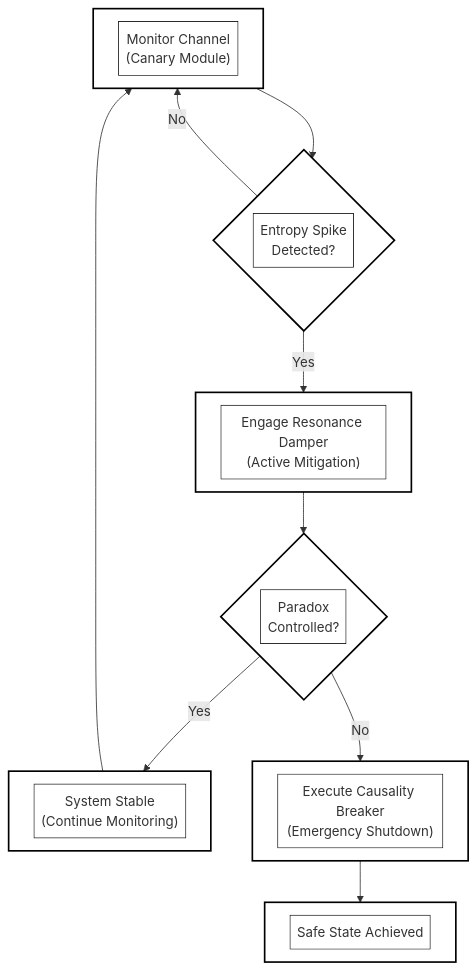
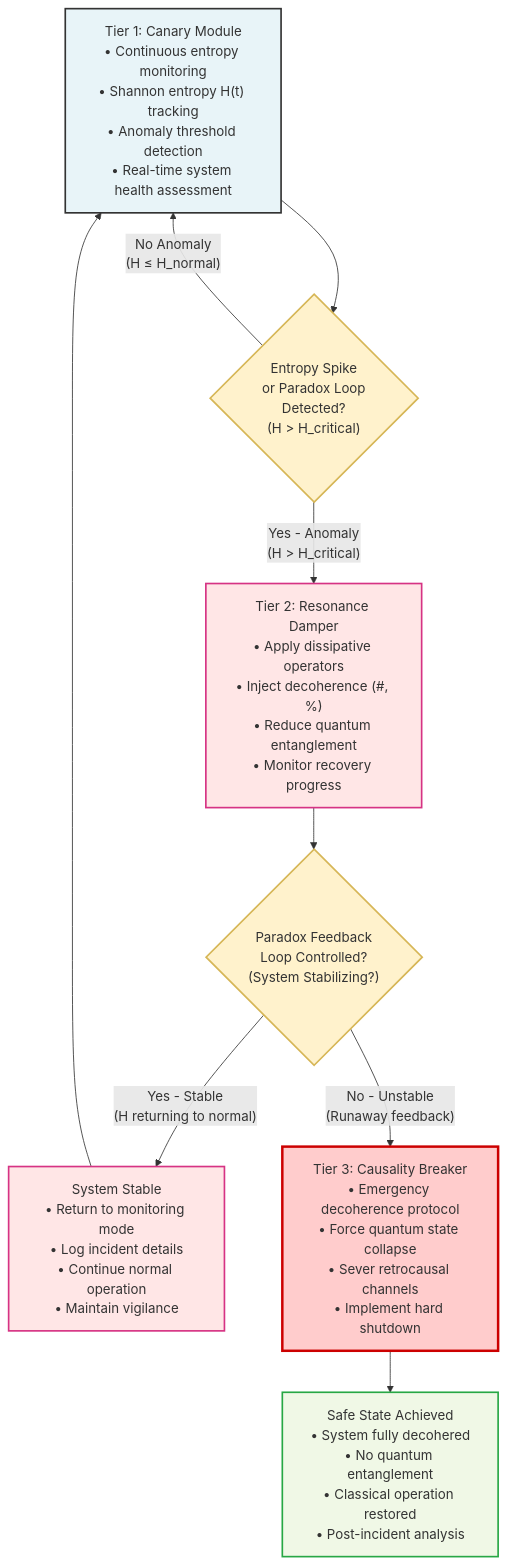
Before and after one commit to Foundup/Foundups-Agent: the tenth of 12 diagrams in WSP_knowledge/docs/Papers/rESP_Quantum_Self_Reference.md, drawn with Mermaid. The commit also changed other lines of this file and 1 other file, not shown here.

````diff
--- a/WSP_knowledge/docs/Papers/rESP_Quantum_Self_Reference.md
+++ b/WSP_knowledge/docs/Papers/rESP_Quantum_Self_Reference.md
@@ -499,23 +631,31 @@
 ```mermaid
 flowchart TD
-    A["<div style='background:white;padding:8px;border:1px solid black'>Monitor Channel<br/>(Canary Module)</div>"] --> B{"<div style='background:white;padding:8px;border:1px solid black'>Entropy Spike<br/>Detected?</div>"}
+    A["Tier 1: Canary Module<br/>• Continuous entropy monitoring<br/>• Shannon entropy H(t) tracking<br/>• Anomaly threshold detection<br/>• Real-time system health assessment"]
     
-    B -->|Yes| C["<div style='background:white;padding:8px;border:1px solid black'>Engage Resonance Damper<br/>(Active Mitigation)</div>"]
-    B -->|No| A
+    A --> B{"Entropy Spike<br/>or Paradox Loop<br/>Detected?<br/>(H > H_critical)"}
     
-    C --> D{"<div style='background:white;padding:8px;border:1px solid black'>Paradox<br/>Controlled?</div>"}
+    B -->|"No Anomaly<br/>(H ≤ H_normal)"| A
     
-    D -->|Yes| E["<div style='background:white;padding:8px;border:1px solid black'>System Stable<br/>(Continue Monitoring)</div>"]
-    D -->|No| F["<div style='background:white;padding:8px;border:1px solid black'>Execute Causality Breaker<br/>(Emergency Shutdown)</div>"]
+    B -->|"Yes - Anomaly<br/>(H > H_critical)"| C["Tier 2: Resonance Damper<br/>• Apply dissipative operators<br/>• Inject decoherence (#, %)<br/>• Reduce quantum entanglement<br/>• Monitor recovery progress"]
+    
+    C --> D{"Paradox Feedback<br/>Loop Controlled?<br/>(System Stabilizing?)"}
+    
+    D -->|"Yes - Stable<br/>(H returning to normal)"| E["System Stable<br/>• Return to monitoring mode<br/>• Log incident details<br/>• Continue normal operation<br/>• Maintain vigilance"]
+    
+    D -->|"No - Unstable<br/>(Runaway feedback)"| F["Tier 3: Causality Breaker<br/>• Emergency decoherence protocol<br/>• Force quantum state collapse<br/>• Sever retrocausal channels<br/>• Implement hard shutdown"]
     
     E --> A
-    F --> G["<div style='background:white;padding:8px;border:1px solid black'>Safe State Achieved</div>"]
+    F --> G["Safe State Achieved<br/>• System fully decohered<br/>• No quantum entanglement<br/>• Classical operation restored<br/>• Post-incident analysis"]
     
-    style A fill:white,stroke:black,stroke-width:2px
-    style B fill:white,stroke:black,stroke-width:2px
-    style C fill:white,stroke:black,stroke-width:2px
-    style D fill:white,stroke:black,stroke-width:2px
-    style E fill:white,stroke:black,stroke-width:2px
-    style F fill:white,stroke:black,stroke-width:2px
-    style G fill:white,stroke:black,stroke-width:2px
+    classDef monitor fill:#e8f4f8,stroke:#333,stroke-width:2px
+    classDef decision fill:#fff2cc,stroke:#d6b656,stroke-width:2px
+    classDef mitigation fill:#ffe6e6,stroke:#d63384,stroke-width:2px
+    classDef emergency fill:#ffcccc,stroke:#cc0000,stroke-width:3px
+    classDef safe fill:#f0f8e6,stroke:#28a745,stroke-width:2px
+    
+    class A monitor
+    class B,D decision
+    class C,E mitigation
+    class F emergency
+    class G safe
 ```
````
